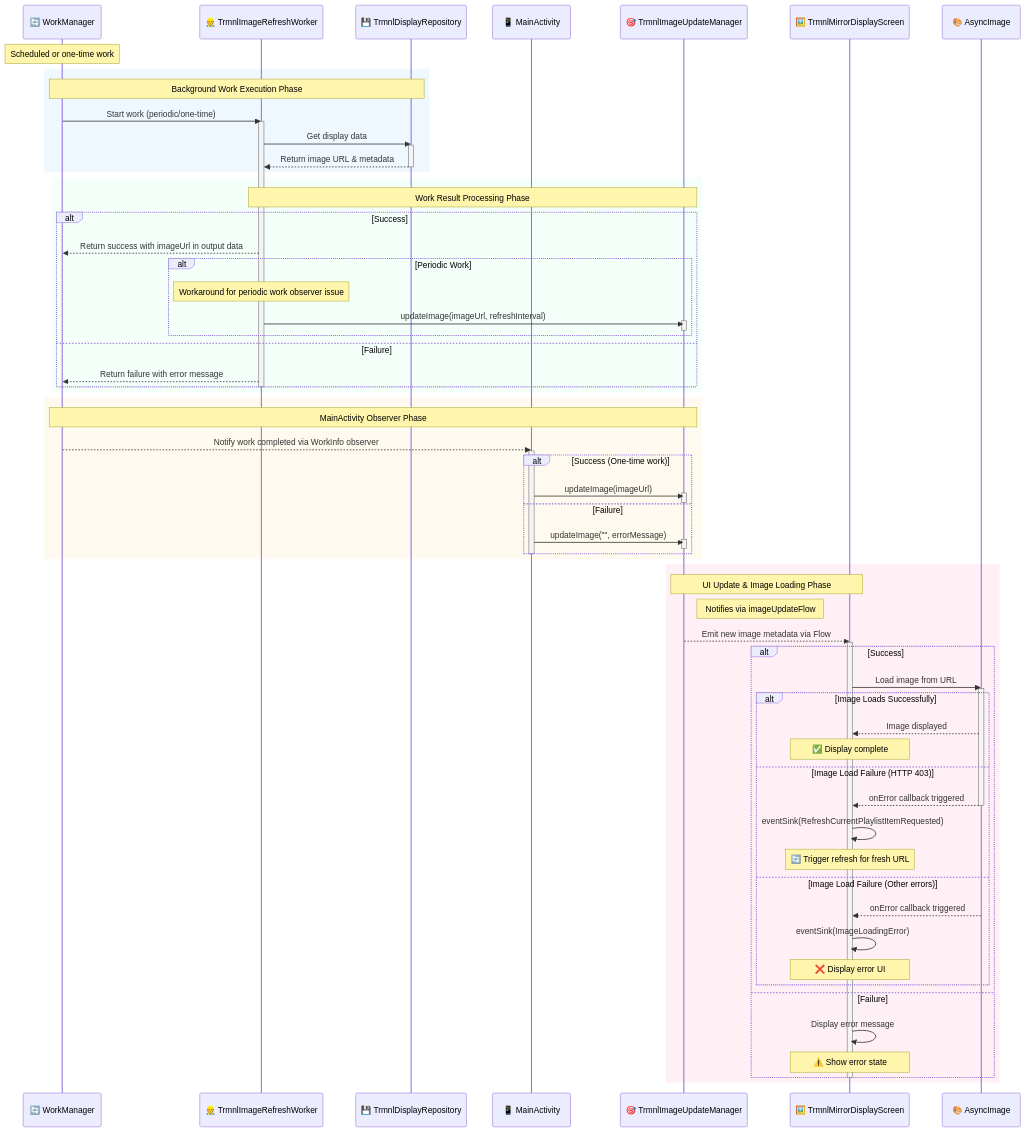
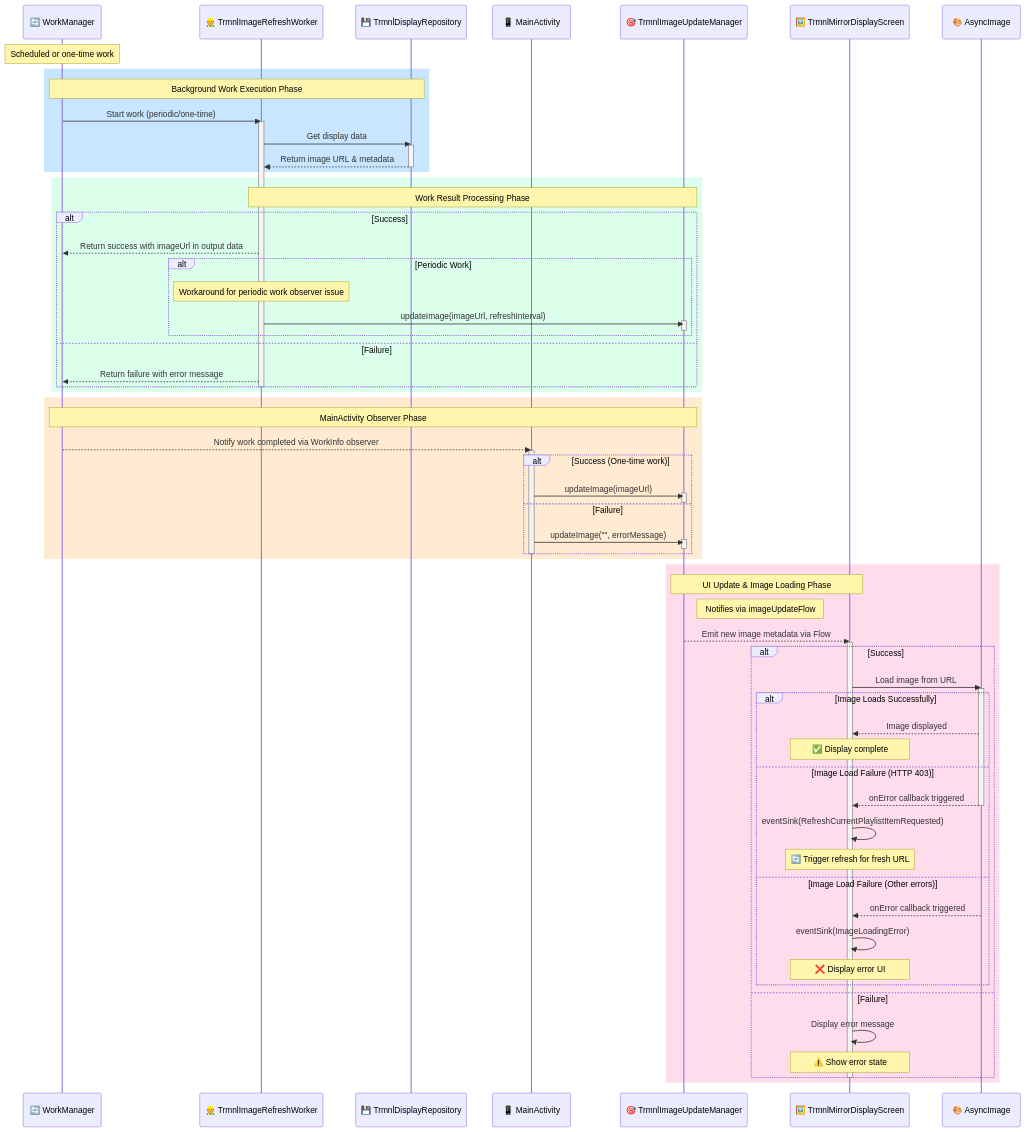
Before and after one commit to usetrmnl/trmnl-android: the diagram in CONTRIBUTING.md, drawn with Mermaid.

Commit message:
docs: Improve contrast of diagram background colors
- Darken background colors for better text readability
- Blue: rgb(240,248,255) → rgb(200,230,255)
- Green: rgb(245,255,250) → rgb(220,255,235)
- Orange: rgb(255,250,240) → rgb(255,235,210)
- Pink: rgb(255,240,245) → rgb(255,220,235)

These darker shades provide better contrast while maintaining
the visual appeal of the color-coded phases.

```diff
--- a/CONTRIBUTING.md
+++ b/CONTRIBUTING.md
@@ -126,7 +126,7 @@
     participant Image as 🎨 AsyncImage
 
     Note over WorkManager: Scheduled or one-time work
-    rect rgb(240, 248, 255)
+    rect rgb(200, 230, 255)
         Note over WorkManager,Repo: Background Work Execution Phase
         WorkManager->>Worker: Start work (periodic/one-time)
         activate Worker
@@ -137,7 +137,7 @@
         deactivate Repo
     end
     
-    rect rgb(245, 255, 250)
+    rect rgb(220, 255, 235)
         Note over Worker,Manager: Work Result Processing Phase
         alt Success
             Worker-->>WorkManager: Return success with imageUrl in output data
@@ -154,7 +154,7 @@
         deactivate Worker
     end
 
-    rect rgb(255, 250, 240)
+    rect rgb(255, 235, 210)
         Note over WorkManager,Manager: MainActivity Observer Phase
         WorkManager-->>Activity: Notify work completed via WorkInfo observer
         activate Activity
@@ -171,7 +171,7 @@
         deactivate Activity
     end
 
-    rect rgb(255, 240, 245)
+    rect rgb(255, 220, 235)
         Note over Manager,Screen: UI Update & Image Loading Phase
         Note right of Manager: Notifies via imageUpdateFlow
 
```
